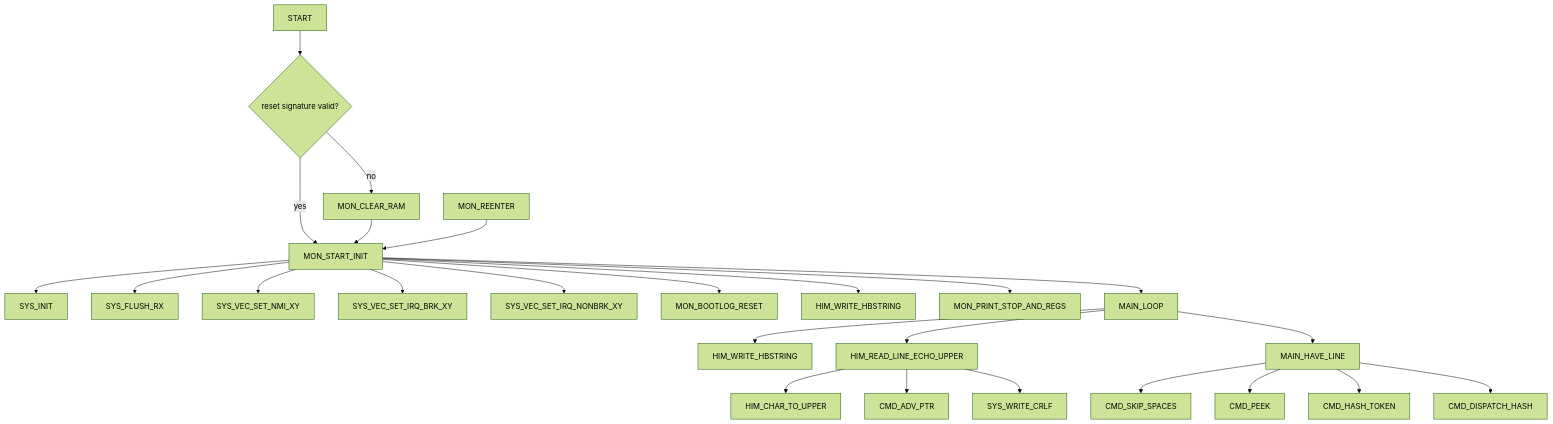
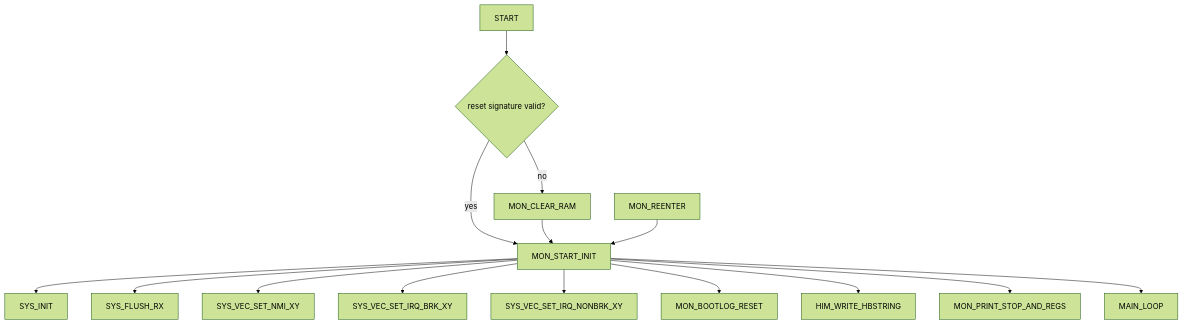
The second of 18 diagrams in DOC/GUIDES/HIMON/HIMON_MAP.md (95westus/R-YORS), drawn with Mermaid (forest theme) before and after one commit. The commit also changed other lines of this file and 59 other files, not shown here.

````diff
--- a/DOC/GUIDES/HIMON/HIMON_MAP.md
+++ b/DOC/GUIDES/HIMON/HIMON_MAP.md
@@ -40,29 +42,17 @@
 ```mermaid
 flowchart TD
     START[START] --> COLD{reset signature valid?}
     COLD -->|no| CLEAR[MON_CLEAR_RAM]
     COLD -->|yes| INIT[MON_START_INIT]
     CLEAR --> INIT
-
     REENTER[MON_REENTER] --> INIT
     INIT --> SYSINIT[SYS_INIT]
     INIT --> FLUSH[SYS_FLUSH_RX]
     INIT --> VECNMI[SYS_VEC_SET_NMI_XY]
     INIT --> VECBRK[SYS_VEC_SET_IRQ_BRK_XY]
     INIT --> VECIRQ[SYS_VEC_SET_IRQ_NONBRK_XY]
     INIT --> BOOTLOG[MON_BOOTLOG_RESET]
     INIT --> BANNER[HIM_WRITE_HBSTRING]
     INIT --> STOPREGS[MON_PRINT_STOP_AND_REGS]
     INIT --> LOOP[MAIN_LOOP]
-
-    LOOP --> PROMPT[HIM_WRITE_HBSTRING]
-    LOOP --> READ[HIM_READ_LINE_ECHO_UPPER]
-    READ --> UPPER[HIM_CHAR_TO_UPPER]
-    READ --> ADV[CMD_ADV_PTR]
-    READ --> CRLF[SYS_WRITE_CRLF]
-    LOOP --> HAVE[MAIN_HAVE_LINE]
-    HAVE --> SKIP[CMD_SKIP_SPACES]
-    HAVE --> PEEK[CMD_PEEK]
-    HAVE --> HASH[CMD_HASH_TOKEN]
-    HAVE --> DISPATCH[CMD_DISPATCH_HASH]
 ```
````
